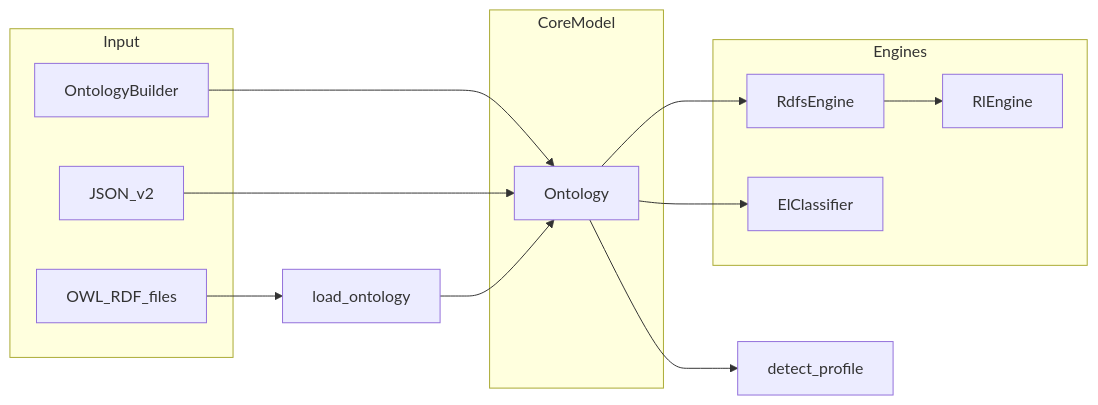
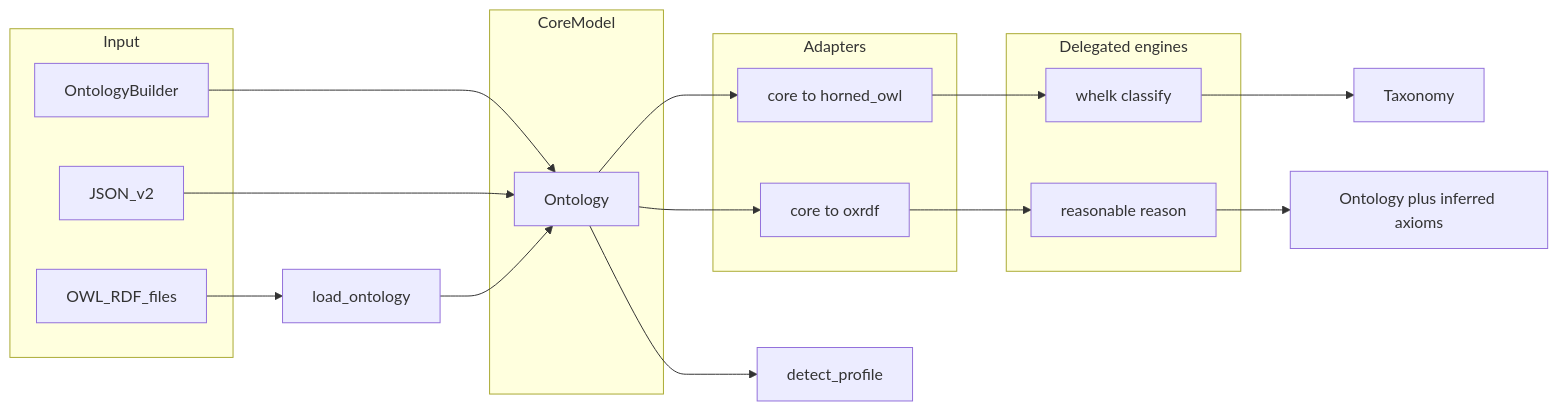
One commit to eddiethedean/ontologos changed the second of 2 diagrams in docs/architecture.md. Above: the diagram before and after it, drawn with Mermaid. The commit also changed other lines of this file and 57 other files, not shown here.

First line of the commit message:
Migrate reasoning to whelk and reasonable via ontologos-bridge.

````diff
--- a/docs/architecture.md
+++ b/docs/architecture.md
@@ -50,26 +62,31 @@
 ```mermaid
 flowchart LR
   subgraph input [Input]
     builder[OntologyBuilder]
     json[JSON_v2]
     owl[OWL_RDF_files]
   end
 
   subgraph model [CoreModel]
     ontology[Ontology]
   end
 
-  subgraph engines [Engines]
-    rdfsEng[RdfsEngine]
-    rlEng[RlEngine]
-    elEng[ElClassifier]
+  subgraph adapters [Adapters]
+    bridgeHorned[core to horned_owl]
+    bridgeTriples[core to oxrdf]
+  end
+
+  subgraph engines [Delegated engines]
+    whelkEng[whelk classify]
+    reasonableEng[reasonable reason]
   end
 
   builder --> ontology
   json --> ontology
   owl --> parser[load_ontology] --> ontology
   ontology --> profileDet[detect_profile]
-  ontology --> rdfsEng
-  rdfsEng --> rlEng
-  ontology --> elEng
+  ontology --> bridgeHorned --> whelkEng
+  whelkEng --> taxonomy[Taxonomy]
+  ontology --> bridgeTriples --> reasonableEng
+  reasonableEng --> saturated[Ontology plus inferred axioms]
 ```
````
